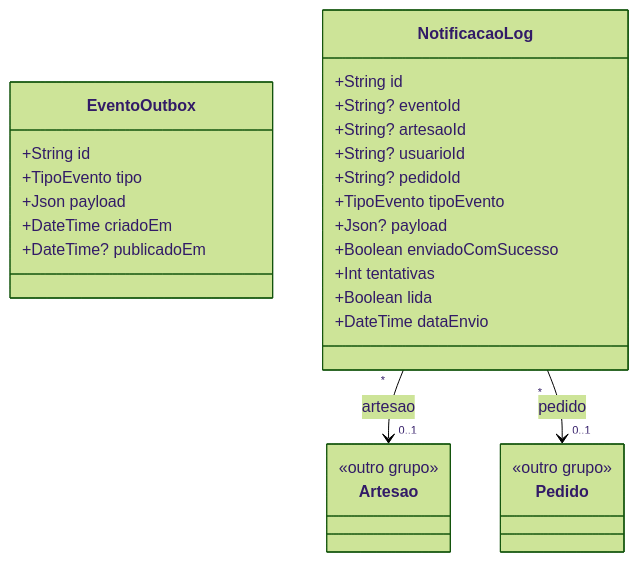
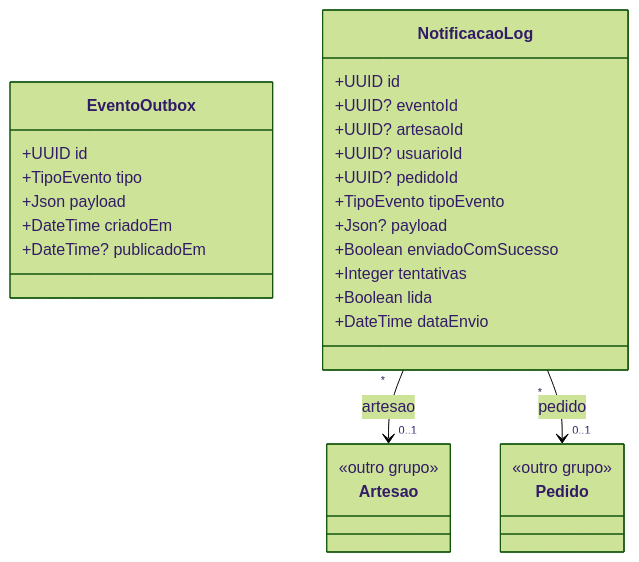
Before and after one commit to comparoto/Ponto-da-Terra: the sixth of 6 diagrams in docs/md/DIAGRAMA_DE_CLASSES.md, drawn with Mermaid (forest theme). The commit also changed other lines of this file and 9 other files, not shown here.

First line of the commit message:
docs: gera as imagens do diagrama de classes a partir do .md

````diff
--- a/docs/md/DIAGRAMA_DE_CLASSES.md
+++ b/docs/md/DIAGRAMA_DE_CLASSES.md
@@ -414,31 +679,31 @@
 ```mermaid
 classDiagram
   class EventoOutbox {
-    +String id
+    +UUID id
     +TipoEvento tipo
     +Json payload
     +DateTime criadoEm
     +DateTime? publicadoEm
   }
   class NotificacaoLog {
-    +String id
-    +String? eventoId
-    +String? artesaoId
-    +String? usuarioId
-    +String? pedidoId
+    +UUID id
+    +UUID? eventoId
+    +UUID? artesaoId
+    +UUID? usuarioId
+    +UUID? pedidoId
     +TipoEvento tipoEvento
     +Json? payload
     +Boolean enviadoComSucesso
-    +Int tentativas
+    +Integer tentativas
     +Boolean lida
     +DateTime dataEnvio
   }
   class Artesao {
     <<outro grupo>>
   }
   class Pedido {
     <<outro grupo>>
   }
   NotificacaoLog "*" --> "0..1" Artesao : artesao
   NotificacaoLog "*" --> "0..1" Pedido : pedido
 ```
````
